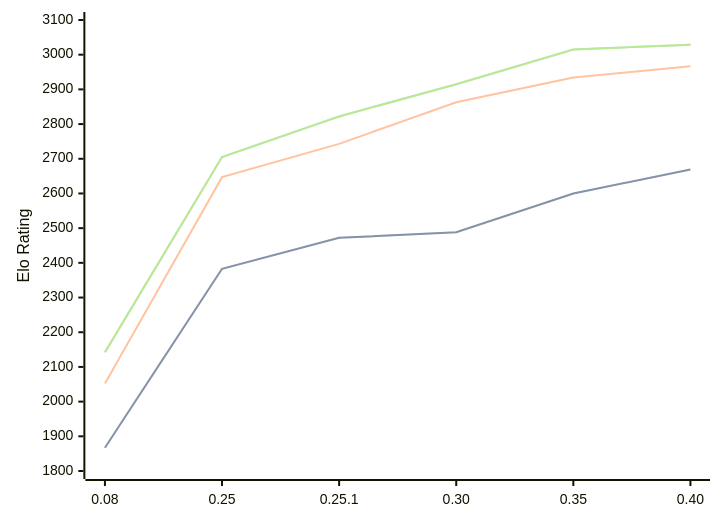
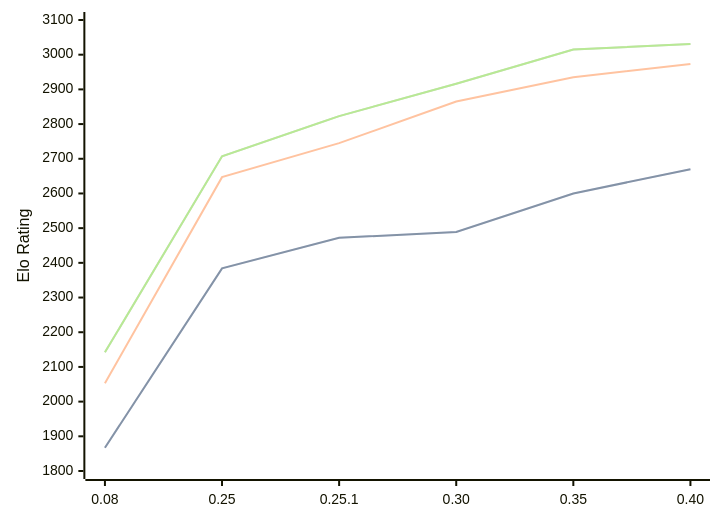
Before and after one commit to computer-chess-index/cci: the diagram in engines/Gecko.md, drawn with Mermaid. The commit also changed other lines of this file, not shown here.

Commit message:
Update CCI Ratings (ELO VLTC) - 2026-07-23

````diff
--- a/engines/Gecko.md
+++ b/engines/Gecko.md
@@ -36,11 +36,11 @@
 ```mermaid
 %%{init: {"theme":"base","themeVariables":{"seriesColors:['#a3a3a3','#222221','#faa371']}}}%%
 xychart-beta
   x-axis ["0.08", "0.25", "0.25.1", "0.30", "0.35", "0.40"]
   y-axis "Elo Rating" 1800 --> 3100
-  line "STC (8.0+0.08s)" [1867, 2383, 2472, 2488, 2600, 2669]
-  line "STC (8.0+0.08s)" [1867, 2383, 2472, 2488, 2600, 2669]
-  line "LTC (60.0+0.60s)" [2052, 2647, 2743, 2863, 2934, 2967]
-  line "VLTC (2m24s+1.12s)" [2142, 2705, 2822, 2915, 3015, 3029]
-  line "VLTC (2m24s+1.12s)" [2142, 2705, 2822, 2915, 3015, 3029]
+  line "STC (8.0+0.08s)" [1867, 2384, 2472, 2489, 2600, 2670]
+  line "STC (8.0+0.08s)" [1867, 2384, 2472, 2489, 2600, 2670]
+  line "LTC (60.0+0.60s)" [2053, 2647, 2745, 2865, 2935, 2973]
+  line "VLTC (2m24s+1.12s)" [2142, 2707, 2823, 2916, 3015, 3031]
+  line "VLTC (2m24s+1.12s)" [2142, 2707, 2823, 2916, 3015, 3031]
 ```
````
